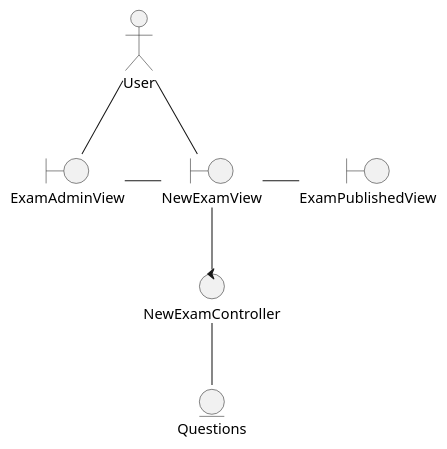
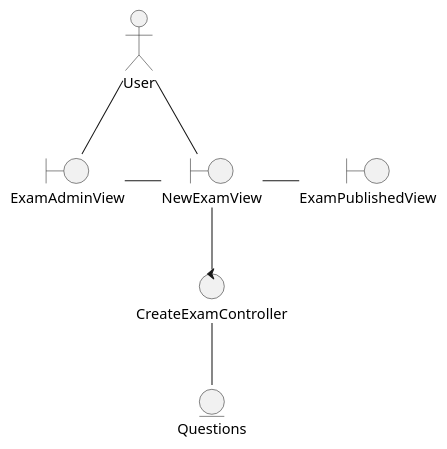
Before and after one commit to TheSProyect/Proyecto-IS-Grupo-1: the diagram in docs/logicalView/analysisView/UC-CreateExam-analysisClassDiagram.plantuml, drawn with PlantUML. The commit also changed 3 other files, not shown here.

Commit message:
Correccion Design-ClassDiagram

```diff
--- a/docs/logicalView/analysisView/UC-CreateExam-analysisClassDiagram.plantuml
+++ b/docs/logicalView/analysisView/UC-CreateExam-analysisClassDiagram.plantuml
@@ -1,26 +1,26 @@
 @startuml
 skinparam style strictuml
 
 
 actor User
 
 boundary ExamAdminView
 boundary NewExamView
 boundary ExamPublishedView
 
 entity Questions
 
-control NewExamController
+control CreateExamController
 
 User -- ExamAdminView
 User -- NewExamView
 ExamAdminView -r- NewExamView
 NewExamView -r- ExamPublishedView
 
-NewExamView -- NewExamController
+NewExamView -- CreateExamController
 
 
-NewExamController -- Questions
+CreateExamController -- Questions
 
 
 @enduml
```
